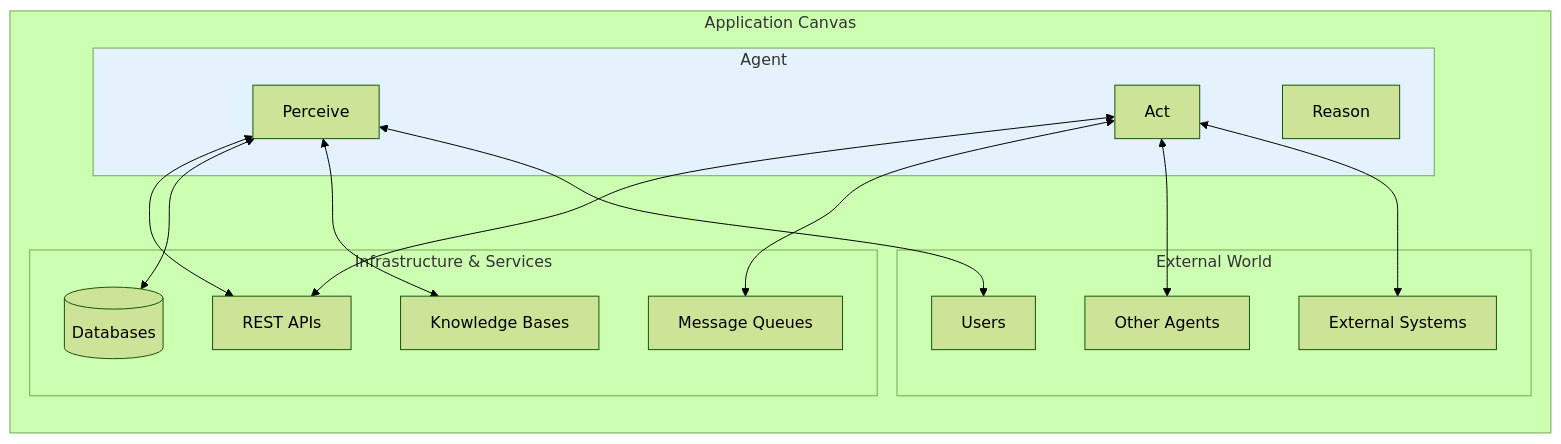
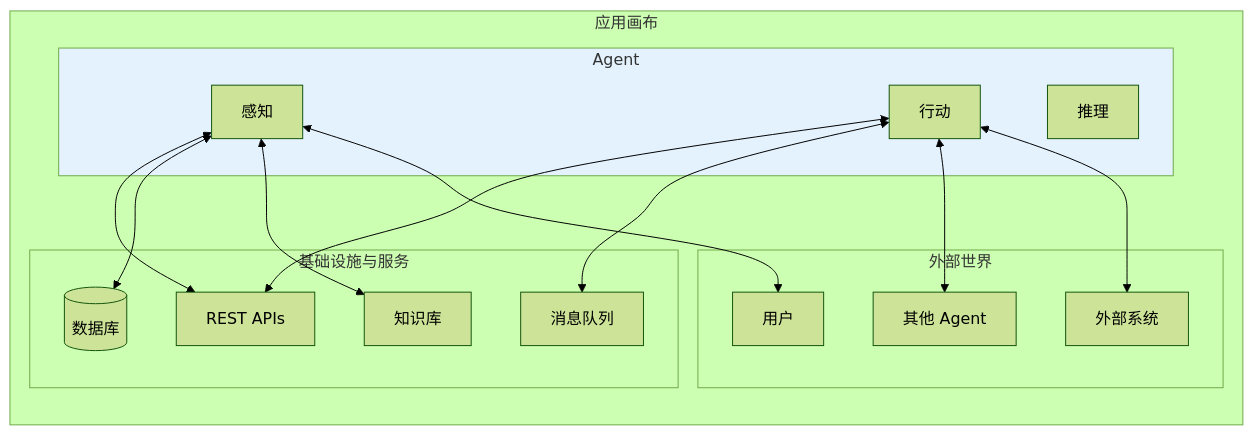
One commit to YiWang24/AiDIY changed the third of 20 diagrams in i18n/zh-Hans/docusaurus-plugin-content-docs/current/ai/agents/design-patterns.mdx. Above: the diagram before and after it, drawn with Mermaid (forest theme). The commit also changed other lines of this file and 59 other files, not shown here.

````diff
--- a/i18n/zh-Hans/docusaurus-plugin-content-docs/current/ai/agents/design-patterns.mdx
+++ b/i18n/zh-Hans/docusaurus-plugin-content-docs/current/ai/agents/design-patterns.mdx
@@ -89,35 +89,35 @@
 ```mermaid
 flowchart TB
-    subgraph Canvas["Application Canvas"]
+    subgraph Canvas["应用画布"]
         direction TB
-        subgraph Infrastructure["Infrastructure & Services"]
+        subgraph Infrastructure["基础设施与服务"]
             API[REST APIs]
-            DB[(Databases)]
-            KB[Knowledge Bases]
-            MQ[Message Queues]
+            DB[(数据库)]
+            KB[知识库]
+            MQ[消息队列]
         end
 
         subgraph Agent["Agent"]
-            P[Perceive]
-            R[Reason]
-            A[Act]
+            P[感知]
+            R[推理]
+            A[行动]
         end
 
-        subgraph External["External World"]
-            U[Users]
-            O[Other Agents]
-            S[External Systems]
+        subgraph External["外部世界"]
+            U[用户]
+            O[其他 Agent]
+            S[外部系统]
         end
     end
 
     P <--> API
     P <--> DB
     P <--> KB
     A <--> API
     A <--> MQ
     P <--> U
     A <--> O
     A <--> S
 
     style Agent fill:#e3f2fd
 ```
````
